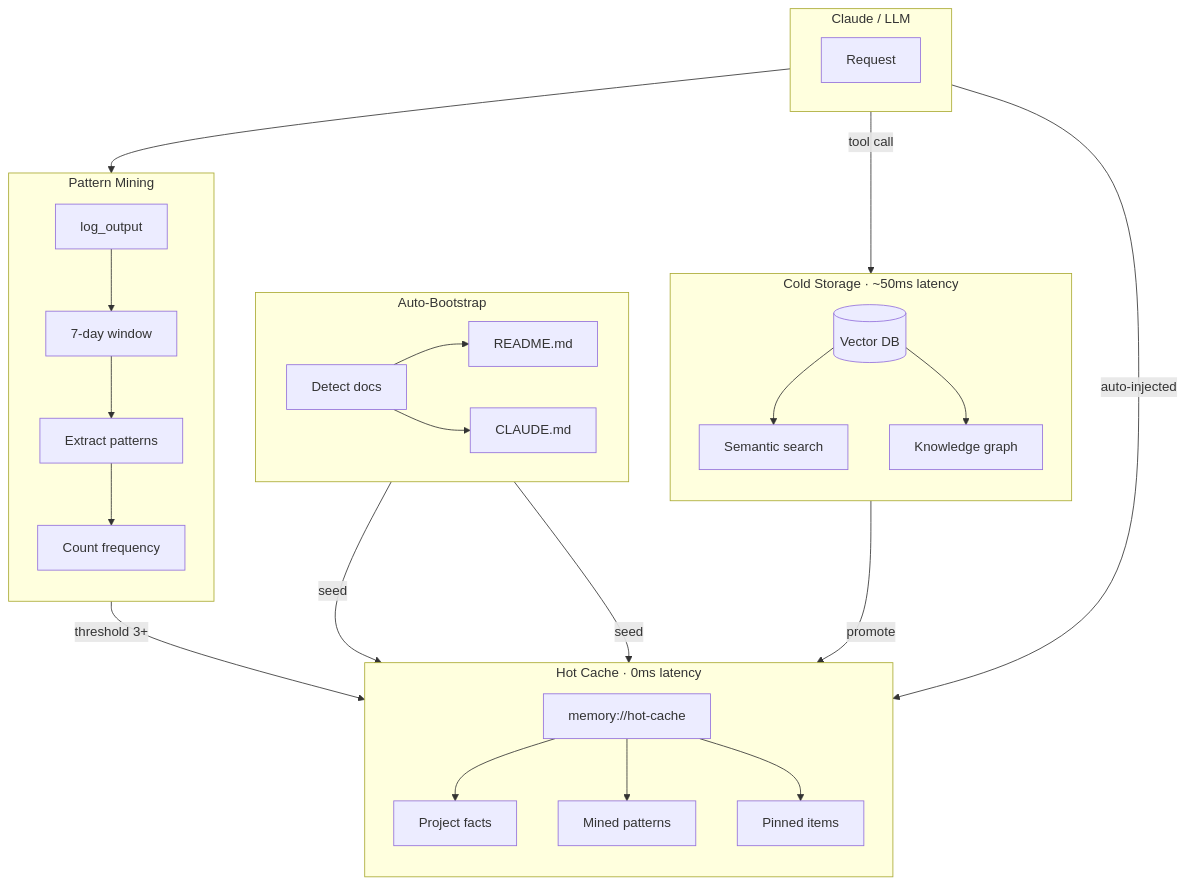
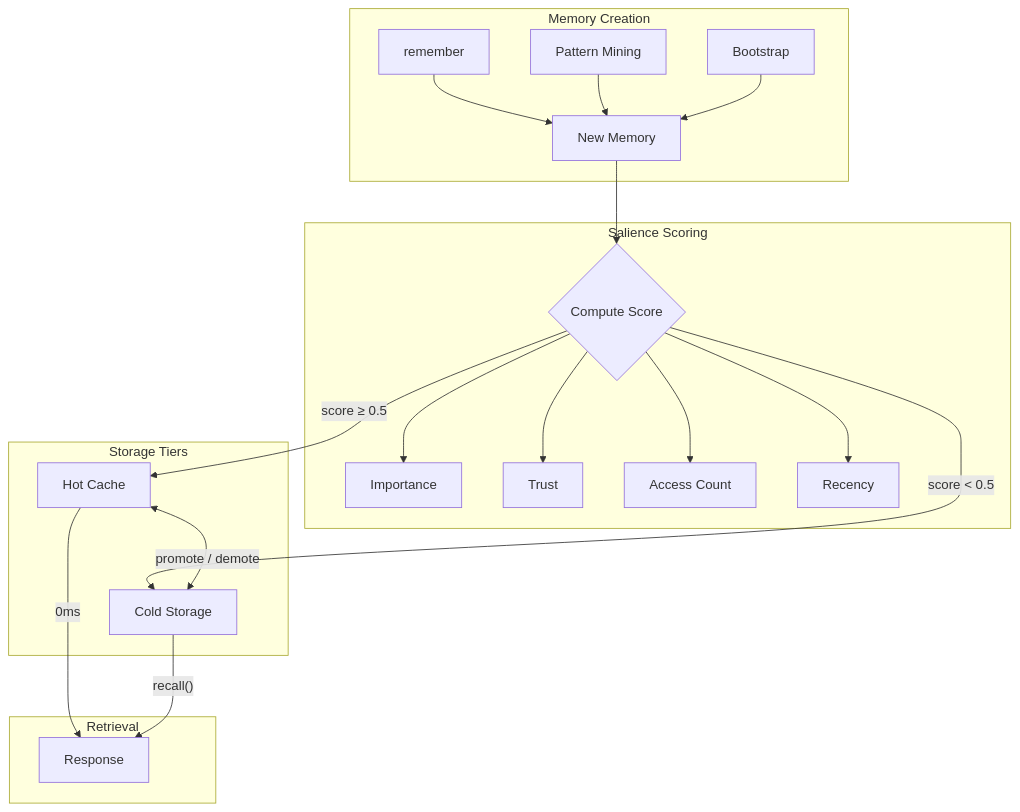
The second of 3 diagrams in README.md (michael-denyer/memory-mcp), drawn with Mermaid before and after one commit. The commit also changed other lines of this file and 1 other file, not shown here.

Commit message:
docs: improve architecture diagrams and update CLAUDE.md
README.md:
- Replace cluttered single diagram with three focused diagrams
- Add Core Two-Tier Memory flowchart (left-to-right)
- Add Memory Lifecycle diagram showing salience scoring flow
- Add Knowledge Graph Expansion diagram for multi-hop recall

CLAUDE.md:
- Update Core Value Proposition with all 9 differentiators
- Add salience-based promotion, working-set, multi-hop recall
- Add episodic memory and consolidation features
- Update architecture diagram to match README style
- Reorganize Recent Additions into Key Features by Version

````diff
--- a/README.md
+++ b/README.md
@@ -47,42 +73,27 @@
 ```mermaid
-graph TB
-    subgraph Claude["Claude / LLM"]
-        direction LR
-        REQ[Request]
+flowchart TD
+    subgraph Input["Memory Creation"]
+        R[remember] --> NEW[New Memory]
+        M[Pattern Mining] --> NEW
+        B[Bootstrap] --> NEW
     end
 
-    subgraph HotTier["Hot Cache · 0ms latency"]
-        direction TB
-        RES[memory://hot-cache]
-        RES --> PROJ[Project facts]
-        RES --> PAT[Mined patterns]
-        RES --> PIN[Pinned items]
+    subgraph Scoring["Salience Scoring"]
+        NEW --> SCORE{Compute Score}
+        SCORE --> IMP[Importance]
+        SCORE --> TR[Trust]
+        SCORE --> AC[Access Count]
+        SCORE --> RE[Recency]
     end
 
-    subgraph ColdTier["Cold Storage · ~50ms latency"]
-        direction TB
-        VEC[(Vector DB)]
-        VEC --> SEM[Semantic search]
-        VEC --> KG[Knowledge graph]
+    subgraph Storage["Storage Tiers"]
+        SCORE -->|"score ≥ 0.5"| HOT[Hot Cache]
+        SCORE -->|"score < 0.5"| COLD[Cold Storage]
+        HOT <-->|"promote / demote"| COLD
     end
 
-    subgraph Bootstrap["Auto-Bootstrap"]
-        direction LR
-        DETECT[Detect docs] --> MD1[README.md]
-        DETECT --> MD2[CLAUDE.md]
+    subgraph Retrieval["Retrieval"]
+        HOT -->|"0ms"| OUT[Response]
+        COLD -->|"recall()"| OUT
     end
-
-    subgraph Mining["Pattern Mining"]
-        direction TB
-        LOG[log_output] --> WINDOW[7-day window]
-        WINDOW --> EXTRACT[Extract patterns]
-        EXTRACT --> FREQ[Count frequency]
-    end
-
-    REQ -->|auto-injected| RES
-    REQ -->|tool call| SEM
-    REQ --> LOG
-    MD1 & MD2 -->|seed| PROJ
-    FREQ -->|threshold 3+| PAT
-    SEM -->|promote| PROJ
 ```
````
